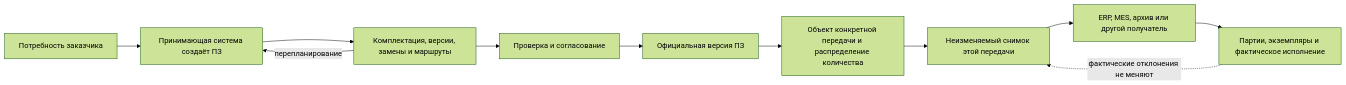
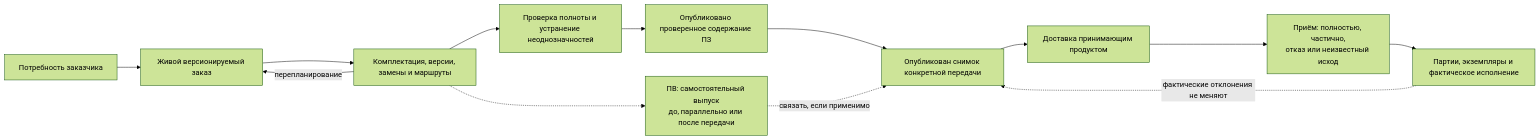
One commit to ZelAnton/Interlink-product-book changed the first of 2 diagrams in docs/orders/README.md. Above: the diagram before and after it, drawn with Mermaid (forest theme). The commit also changed other lines of this file and 231 other files, not shown here.

````diff
--- a/docs/orders/README.md
+++ b/docs/orders/README.md
@@ -21,13 +23,15 @@
 ```mermaid
 flowchart LR
-    A["Потребность заказчика"] --> B["Принимающая система создаёт ПЗ"]
+    A["Потребность заказчика"] --> B["Живой версионируемый заказ"]
     B --> C["Комплектация, версии, замены и маршруты"]
-    C --> D["Проверка и согласование"]
-    D --> E["Официальная версия ПЗ"]
-    E --> F["Объект конкретной передачи и распределение количества"]
-    F --> G["Неизменяемый снимок этой передачи"]
-    G --> H["ERP, MES, архив или другой получатель"]
+    C --> D["Проверка полноты и устранение неоднозначностей"]
+    D --> E["Опубликовано проверенное содержание ПЗ"]
+    E --> F["Опубликован снимок конкретной передачи"]
+    F --> G["Доставка принимающим продуктом"]
+    G --> H["Приём: полностью, частично,<br/>отказ или неизвестный исход"]
+    C -.-> P["ПВ: самостоятельный выпуск<br/>до, параллельно или после передачи"]
+    P -.->|"связать, если применимо"| F
     H --> I["Партии, экземпляры и фактическое исполнение"]
     C -->|перепланирование| B
-    I -.->|фактические отклонения не меняют| G
+    I -.->|фактические отклонения не меняют| F
 ```
````
